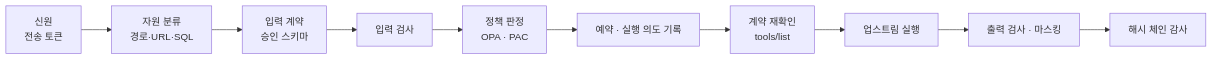
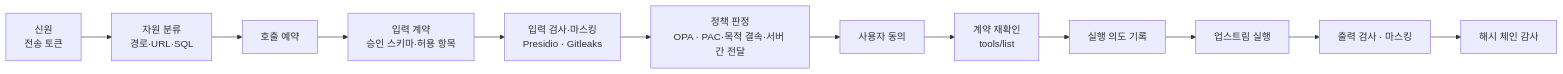
One commit to MCP-governance/mcp-gateway changed the second of 2 diagrams in README.md. Above: the diagram before and after it, drawn with Mermaid. The commit also changed 14 other files, not shown here.

````diff
--- a/README.md
+++ b/README.md
@@ -44,4 +44,4 @@
 ```mermaid
 flowchart LR
-  A["신원<br/>전송 토큰"] --> B["자원 분류<br/>경로·URL·SQL"] --> C["입력 계약<br/>승인 스키마"] --> D["입력 검사"] --> E["정책 판정<br/>OPA · PAC"] --> F["예약 · 실행 의도 기록"] --> G["계약 재확인<br/>tools/list"] --> H["업스트림 실행"] --> I["출력 검사 · 마스킹"] --> J["해시 체인 감사"]
+  A["신원<br/>전송 토큰"] --> B["자원 분류<br/>경로·URL·SQL"] --> R["호출 예약"] --> C["입력 계약<br/>승인 스키마·허용 항목"] --> D["입력 검사·마스킹<br/>Presidio · Gitleaks"] --> E["정책 판정<br/>OPA · PAC·목적 결속·서버 간 전달"] --> K["사용자 동의"] --> G["계약 재확인<br/>tools/list"] --> F["실행 의도 기록"] --> H["업스트림 실행"] --> I["출력 검사 · 마스킹"] --> J["해시 체인 감사"]
 ```
````
